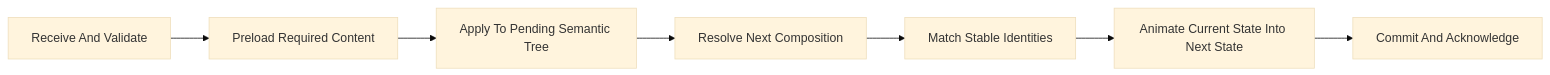
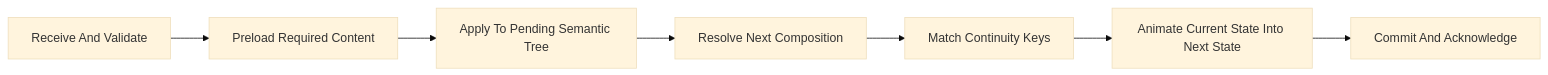
The fourth of 18 diagrams in docs/design/system/mds-008-component-library/09-runtime-rendering.md (mosaic-media/mosaic-architecture), drawn with Mermaid (base theme) before and after one commit. The commit also changed other lines of this file and 4 other files, not shown here.

Commit message:
docs(mds-008): require continuity keys in SDUI

````diff
--- a/docs/design/system/mds-008-component-library/09-runtime-rendering.md
+++ b/docs/design/system/mds-008-component-library/09-runtime-rendering.md
@@ -227,18 +251,18 @@
 ```mermaid
 flowchart LR
 
 N1["Receive And Validate"]
 N2["Preload Required Content"]
 N3["Apply To Pending Semantic Tree"]
 N4["Resolve Next Composition"]
-N5["Match Stable Identities"]
+N5["Match Continuity Keys"]
 N6["Animate Current State Into Next State"]
 N7["Commit And Acknowledge"]
 
 N1 --> N2
 N2 --> N3
 N3 --> N4
 N4 --> N5
 N5 --> N6
 N6 --> N7
 ```
````
